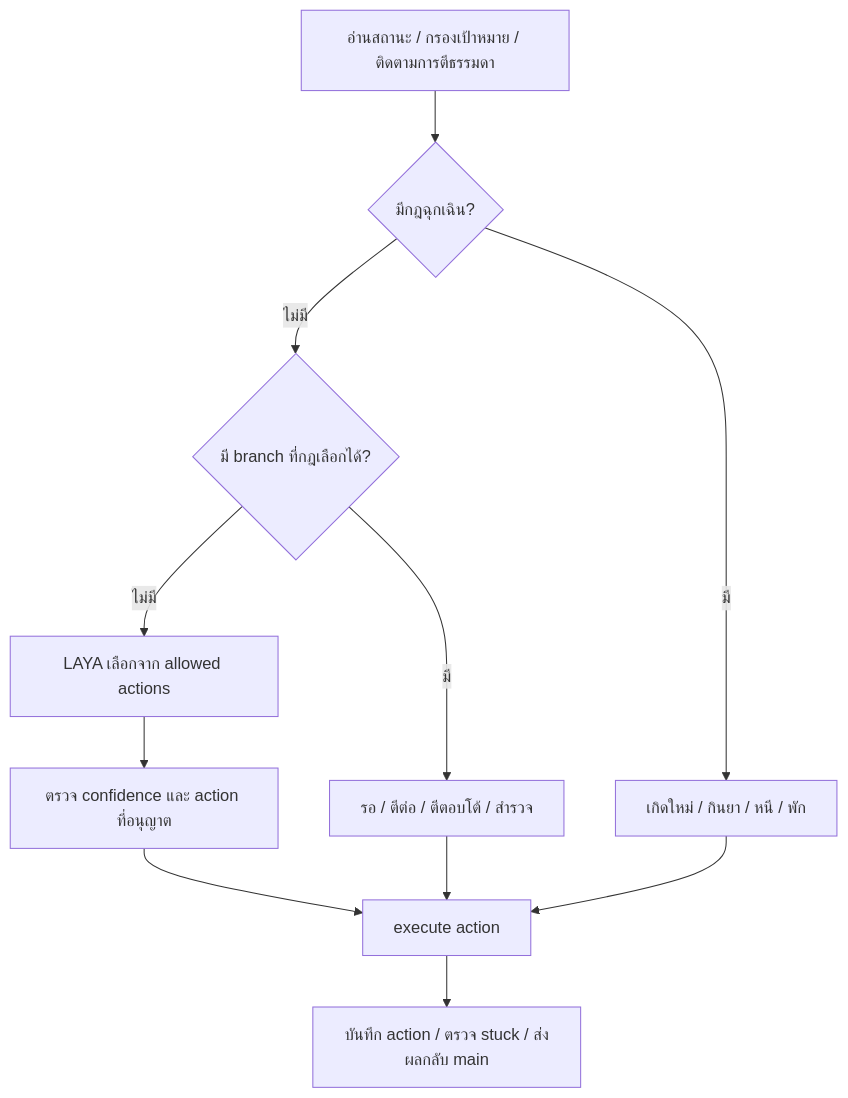
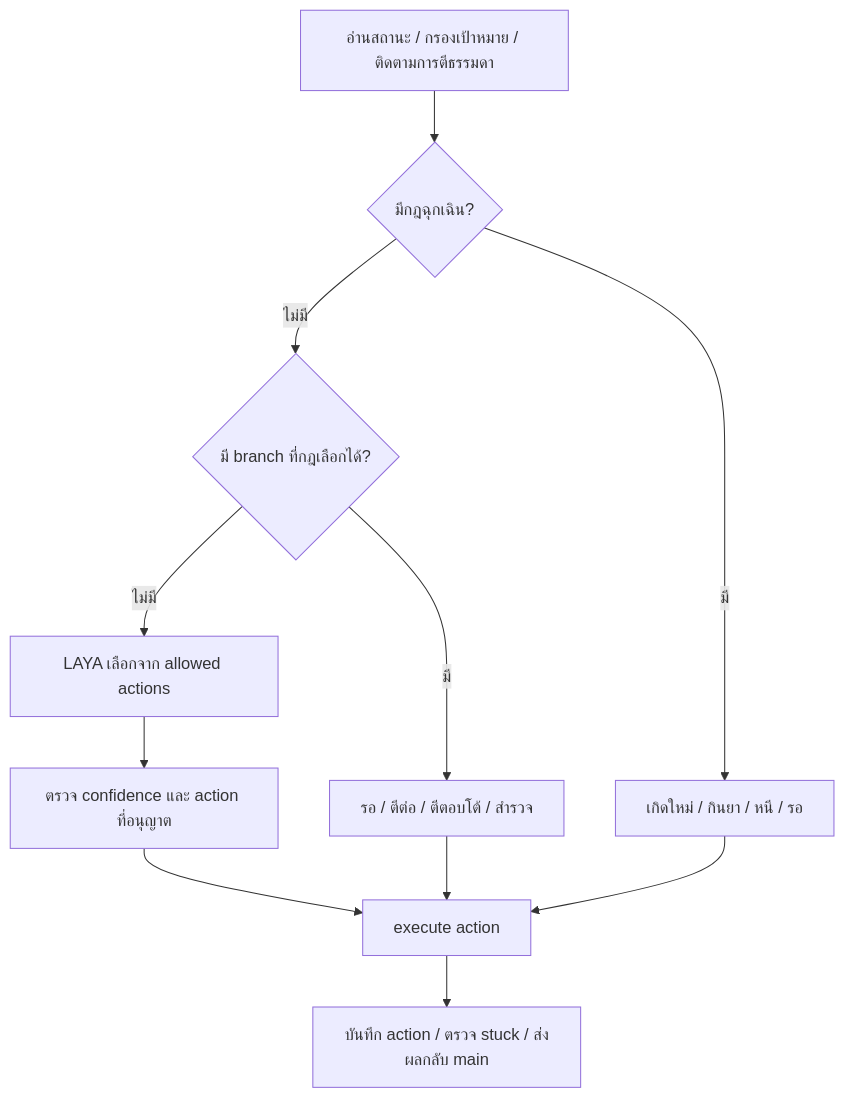
The fifth of 8 diagrams in docs/FLOW.md (dvgamerr/morroc101-laya), drawn with Mermaid before and after one commit. The commit also changed other lines of this file and 83 other files, not shown here.

````diff
--- a/docs/FLOW.md
+++ b/docs/FLOW.md
@@ -198,13 +199,13 @@
 ```mermaid
 flowchart TD
     View["อ่านสถานะ / กรองเป้าหมาย / ติดตามการตีธรรมดา"] --> Emergency{"มีกฎฉุกเฉิน?"}
-    Emergency -- "มี" --> Rule["เกิดใหม่ / กินยา / หนี / พัก"]
+    Emergency -- "มี" --> Rule["เกิดใหม่ / กินยา / หนี / รอ"]
     Emergency -- "ไม่มี" --> Obvious{"มี branch ที่กฎเลือกได้?"}
     Obvious -- "มี" --> Direct["รอ / ตีต่อ / ตีตอบโต้ / สำรวจ"]
     Obvious -- "ไม่มี" --> Laya["LAYA เลือกจาก allowed actions"]
     Laya --> Check["ตรวจ confidence และ action ที่อนุญาต"]
     Check --> Execute["execute action"]
     Direct --> Execute
     Rule --> Execute
     Execute --> Result["บันทึก action / ตรวจ stuck / ส่งผลกลับ main"]
 ```
````
